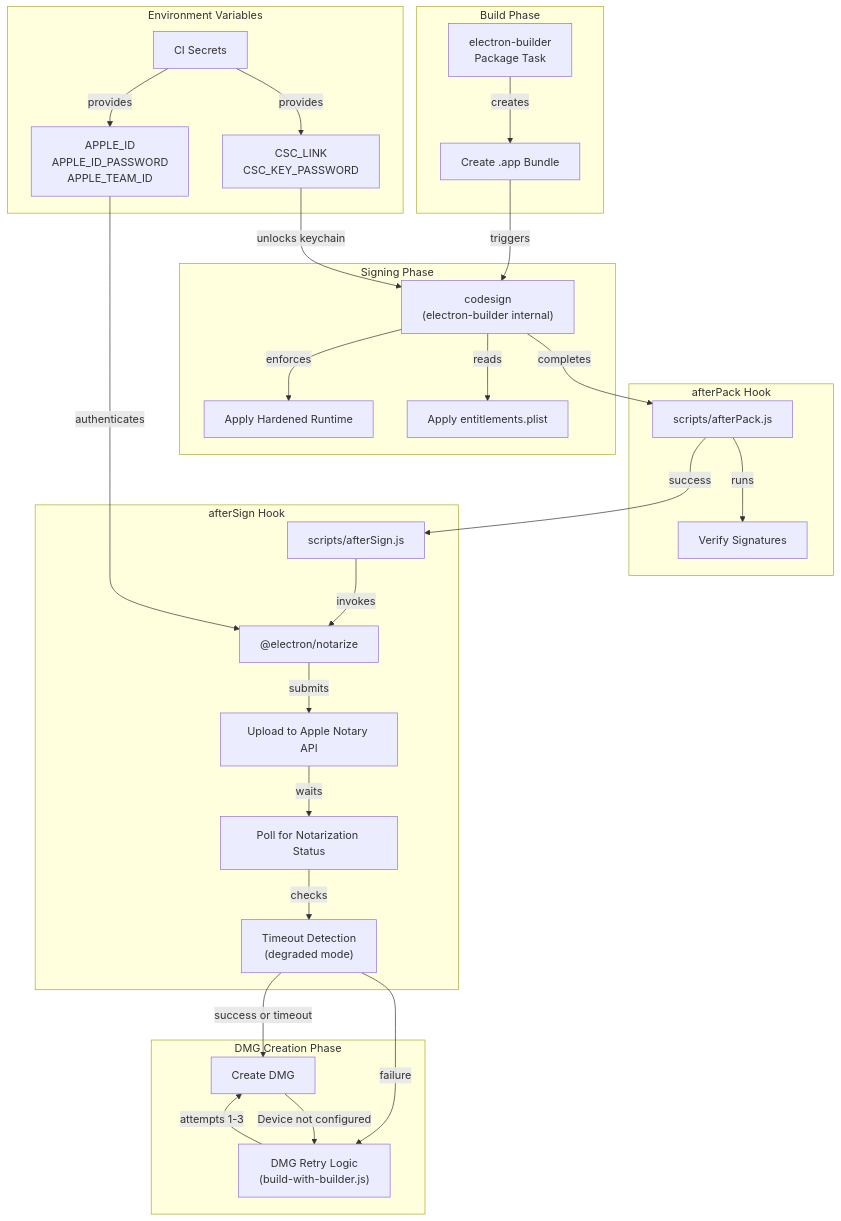
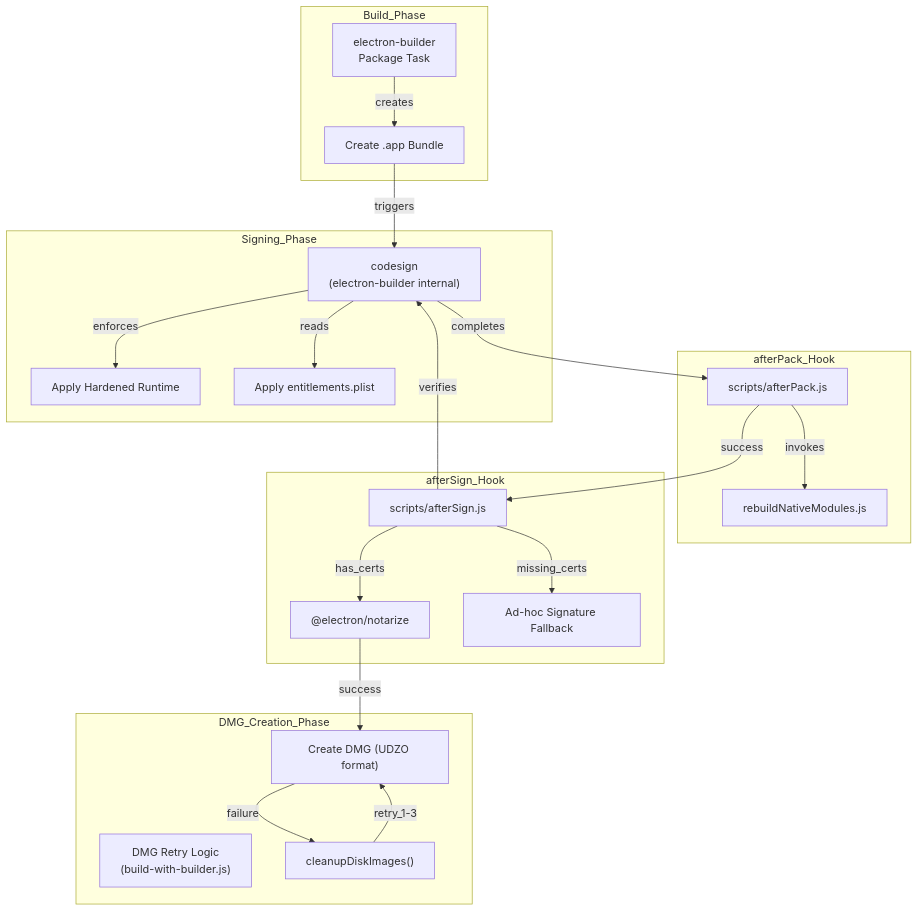
One commit to blackcater/zentree changed the first of 2 diagrams in docs/iOfficeAI_AionUi/build-and-deployment/code-signing-and-notarization.md. Above: the diagram before and after it, drawn with Mermaid. The commit also changed other lines of this file and 232 other files, not shown here.

````diff
--- a/docs/iOfficeAI_AionUi/build-and-deployment/code-signing-and-notarization.md
+++ b/docs/iOfficeAI_AionUi/build-and-deployment/code-signing-and-notarization.md
@@ -92,61 +78,47 @@
 ```mermaid
 graph TB
-    subgraph "Build Phase"
+    subgraph "Build_Phase"
         EB["electron-builder<br/>Package Task"]
         PACK["Create .app Bundle"]
         EB -->|creates| PACK
     end
-
-    subgraph "Signing Phase"
+    
+    subgraph "Signing_Phase"
         SIGN["codesign<br/>(electron-builder internal)"]
         HARDENED["Apply Hardened Runtime"]
         ENT["Apply entitlements.plist"]
-
+        
         PACK -->|triggers| SIGN
         SIGN -->|enforces| HARDENED
         SIGN -->|reads| ENT
     end
-
-    subgraph "afterPack Hook"
+    
+    subgraph "afterPack_Hook"
         AFTERPACK["scripts/afterPack.js"]
-        VERIFY["Verify Signatures"]
-
+        REBUILD["rebuildNativeModules.js"]
+        
         SIGN -->|completes| AFTERPACK
-        AFTERPACK -->|runs| VERIFY
+        AFTERPACK -->|invokes| REBUILD
     end
-
-    subgraph "afterSign Hook"
+    
+    subgraph "afterSign_Hook"
         AFTERSIGN["scripts/afterSign.js"]
         NOTARIZE["@electron/notarize"]
-        UPLOAD["Upload to Apple Notary API"]
-        POLL["Poll for Notarization Status"]
-        TIMEOUT["Timeout Detection<br/>(degraded mode)"]
-
+        AD_HOC["Ad-hoc Signature Fallback"]
+        
         AFTERPACK -->|success| AFTERSIGN
-        AFTERSIGN -->|invokes| NOTARIZE
-        NOTARIZE -->|submits| UPLOAD
-        UPLOAD -->|waits| POLL
-        POLL -->|checks| TIMEOUT
+        AFTERSIGN -->|verifies| SIGN
+        AFTERSIGN -->|missing_certs| AD_HOC
+        AFTERSIGN -->|has_certs| NOTARIZE
     end
-
-    subgraph "DMG Creation Phase"
-        DMG["Create DMG"]
+    
+    subgraph "DMG_Creation_Phase"
+        DMG["Create DMG (UDZO format)"]
         RETRY["DMG Retry Logic<br/>(build-with-builder.js)"]
-
-        TIMEOUT -->|success or timeout| DMG
-        TIMEOUT -->|failure| RETRY
-        DMG -->|Device not configured| RETRY
-        RETRY -->|attempts 1-3| DMG
-    end
-
-    subgraph "Environment Variables"
-        SECRETS["CI Secrets"]
-        APPLEDEV["APPLE_ID<br/>APPLE_ID_PASSWORD<br/>APPLE_TEAM_ID"]
-        CERT["CSC_LINK<br/>CSC_KEY_PASSWORD"]
-
-        SECRETS -->|provides| APPLEDEV
-        SECRETS -->|provides| CERT
-        APPLEDEV -->|authenticates| NOTARIZE
-        CERT -->|unlocks keychain| SIGN
+        CLEAN["cleanupDiskImages()"]
+        
+        NOTARIZE -->|success| DMG
+        DMG -->|failure| CLEAN
+        CLEAN -->|retry_1-3| DMG
     end
 ```
````
